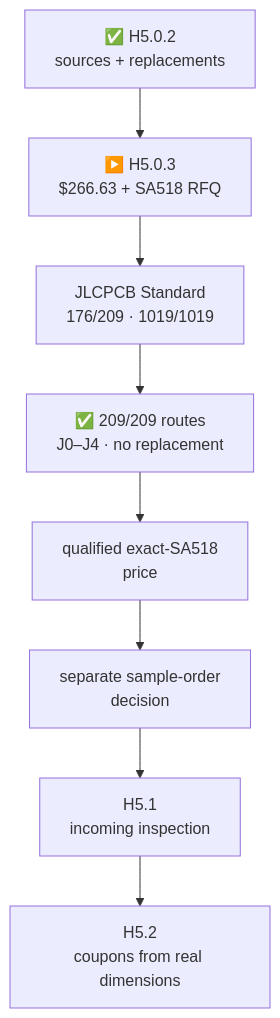
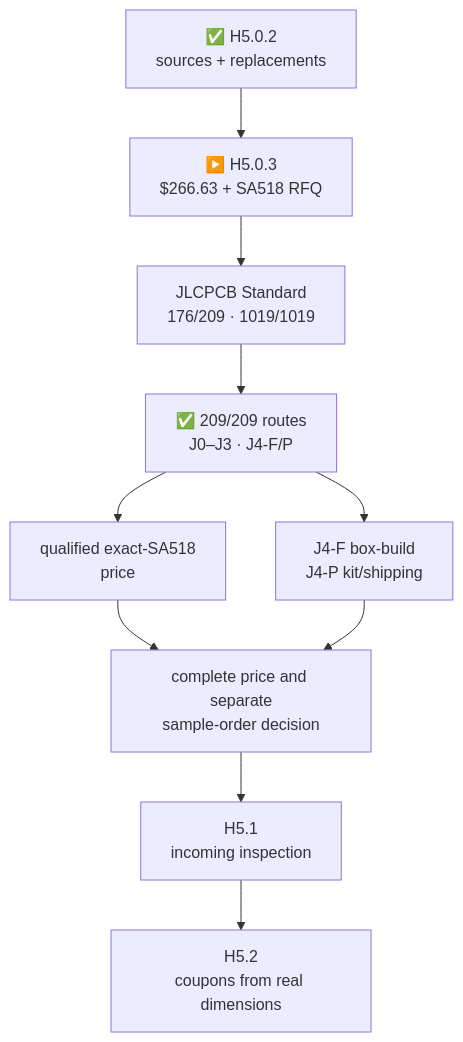
Before and after one commit to anton-vinogradov/esp32-leshy2: the diagram in docs/component-sample-basket.md, drawn with Mermaid. The commit also changed other lines of this file and 22 other files, not shown here.

````diff
--- a/docs/component-sample-basket.md
+++ b/docs/component-sample-basket.md
@@ -7,10 +7,12 @@
 ```mermaid
 flowchart TD
   R["✅ H5.0.2<br/>sources + replacements"] --> B["▶️ H5.0.3<br/>$266.63 + SA518 RFQ"]
   B --> P["JLCPCB Standard<br/>176/209 · 1019/1019"]
-  P --> Q["✅ 209/209 routes<br/>J0–J4 · no replacement"]
+  P --> Q["✅ 209/209 routes<br/>J0–J3 · J4-F/P"]
   Q --> S["qualified exact-SA518<br/>price"]
-  S --> A["separate sample-order<br/>decision"]
+  Q --> X["J4-F box-build<br/>J4-P kit/shipping"]
+  S --> A["complete price and separate<br/>sample-order decision"]
+  X --> A
   A --> H51["H5.1<br/>incoming inspection"]
   H51 --> H52["H5.2<br/>coupons from real dimensions"]
 ```
````
